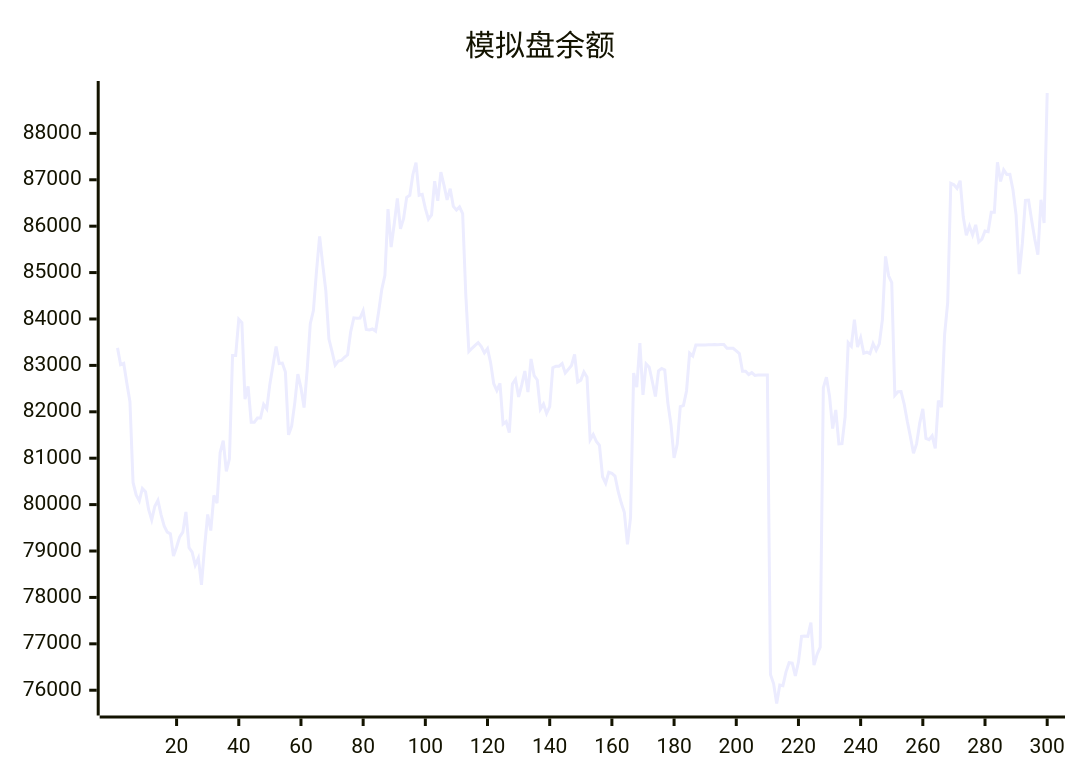
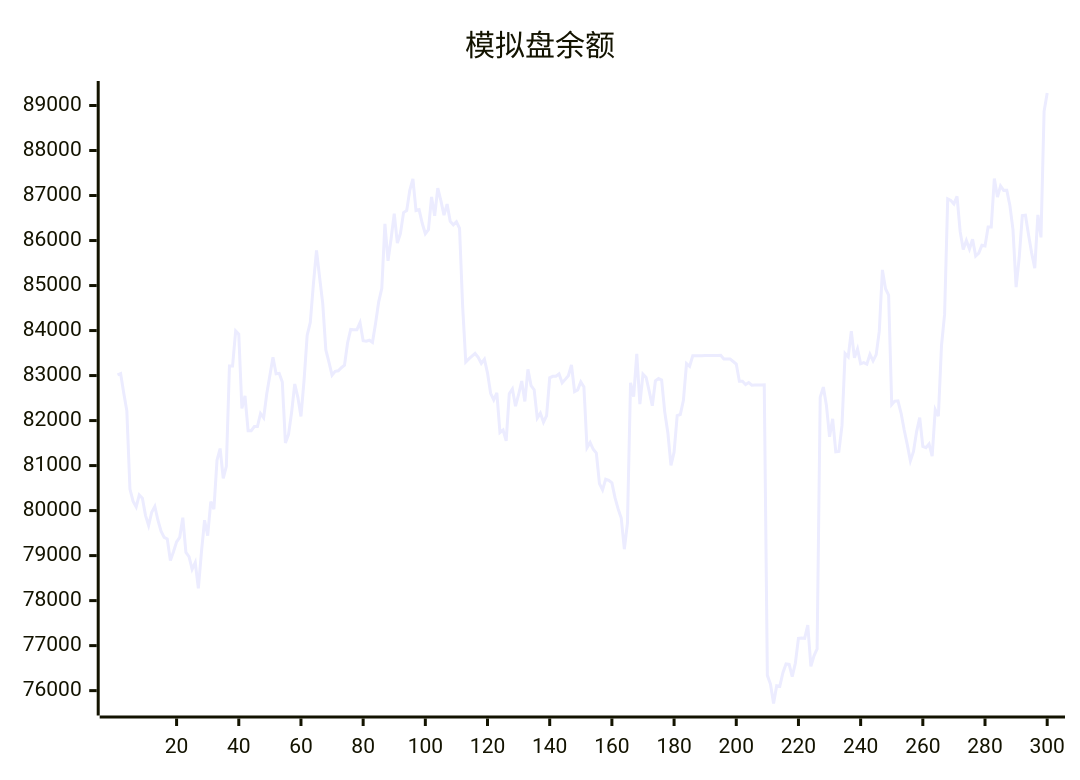
Before and after one commit to aahl/ai-trading: the diagram in README.md, drawn with Mermaid. The commit also changed other lines of this file and 1 other file, not shown here.

````diff
--- a/README.md
+++ b/README.md
@@ -5,5 +5,5 @@
 ```mermaid
 xychart
     title "模拟盘余额"
-    line [83378,83014,83043,82613,82216,80477,80208,80081,80348,80277,79894,79670,79965,80093,79786,79542,79406,79371,78893,79087,79304,79406,79841,79072,78978,78696,78846,78272,79085,79787,79442,80198,80031,81120,81379,80718,80985,83214,83212,83993,83921,82270,82547,81776,81776,81866,81866,82158,82061,82596,83000,83408,83041,83050,82858,81503,81691,82188,82812,82517,82092,82901,83898,84180,85030,85781,85178,84604,83569,83298,83008,83093,83107,83175,83228,83729,84025,84017,84019,84177,83775,83762,83785,83738,84160,84639,84939,86370,85548,86046,86599,85942,86161,86622,86664,87115,87369,86666,86685,86384,86152,86243,86969,86548,87164,86885,86566,86809,86427,86348,86417,86273,84538,83299,83369,83430,83490,83404,83270,83362,83056,82605,82459,82614,81734,81788,81551,82598,82702,82320,82580,82878,82426,83139,82778,82686,82056,82166,81963,82110,82951,82983,82984,83038,82838,82915,82998,83235,82642,82682,82858,82746,81396,81512,81362,81277,80600,80461,80699,80673,80616,80288,80038,79836,79142,79722,82837,82533,83480,82366,83032,82960,82654,82330,82883,82934,82901,82188,81728,81005,81298,82110,82135,82449,83264,83203,83440,83439,83440,83440,83446,83447,83448,83447,83448,83449,83369,83369,83369,83313,83256,82872,82873,82801,82844,82785,82791,82791,82793,82794,76339,76145,75714,76110,76096,76397,76594,76585,76310,76607,77160,77170,77160,77456,76541,76774,76927,82520,82744,82337,81639,82040,81307,81314,81887,83490,83414,83984,83396,83594,83261,83287,83253,83470,83327,83465,83987,85348,84930,84786,82355,82433,82438,82167,81795,81466,81105,81315,81756,82064,81426,81398,81481,81210,82242,82099,83658,84359,86925,86892,86814,86980,86203,85802,86003,85811,86028,85657,85721,85896,85880,86300,86299,87378,86965,87214,87115,87118,86780,86238,84966,85623,86555,86562,86129,85722,85387,86569,86070,88870]
+    line [83014,83043,82613,82216,80477,80208,80081,80348,80277,79894,79670,79965,80093,79786,79542,79406,79371,78893,79087,79304,79406,79841,79072,78978,78696,78846,78272,79085,79787,79442,80198,80031,81120,81379,80718,80985,83214,83212,83993,83921,82270,82547,81776,81776,81866,81866,82158,82061,82596,83000,83408,83041,83050,82858,81503,81691,82188,82812,82517,82092,82901,83898,84180,85030,85781,85178,84604,83569,83298,83008,83093,83107,83175,83228,83729,84025,84017,84019,84177,83775,83762,83785,83738,84160,84639,84939,86370,85548,86046,86599,85942,86161,86622,86664,87115,87369,86666,86685,86384,86152,86243,86969,86548,87164,86885,86566,86809,86427,86348,86417,86273,84538,83299,83369,83430,83490,83404,83270,83362,83056,82605,82459,82614,81734,81788,81551,82598,82702,82320,82580,82878,82426,83139,82778,82686,82056,82166,81963,82110,82951,82983,82984,83038,82838,82915,82998,83235,82642,82682,82858,82746,81396,81512,81362,81277,80600,80461,80699,80673,80616,80288,80038,79836,79142,79722,82837,82533,83480,82366,83032,82960,82654,82330,82883,82934,82901,82188,81728,81005,81298,82110,82135,82449,83264,83203,83440,83439,83440,83440,83446,83447,83448,83447,83448,83449,83369,83369,83369,83313,83256,82872,82873,82801,82844,82785,82791,82791,82793,82794,76339,76145,75714,76110,76096,76397,76594,76585,76310,76607,77160,77170,77160,77456,76541,76774,76927,82520,82744,82337,81639,82040,81307,81314,81887,83490,83414,83984,83396,83594,83261,83287,83253,83470,83327,83465,83987,85348,84930,84786,82355,82433,82438,82167,81795,81466,81105,81315,81756,82064,81426,81398,81481,81210,82242,82099,83658,84359,86925,86892,86814,86980,86203,85802,86003,85811,86028,85657,85721,85896,85880,86300,86299,87378,86965,87214,87115,87118,86780,86238,84966,85623,86555,86562,86129,85722,85387,86569,86070,88870,89278]
 ```
````
